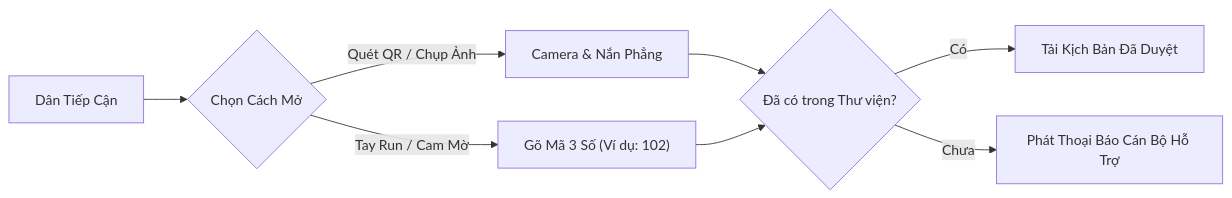
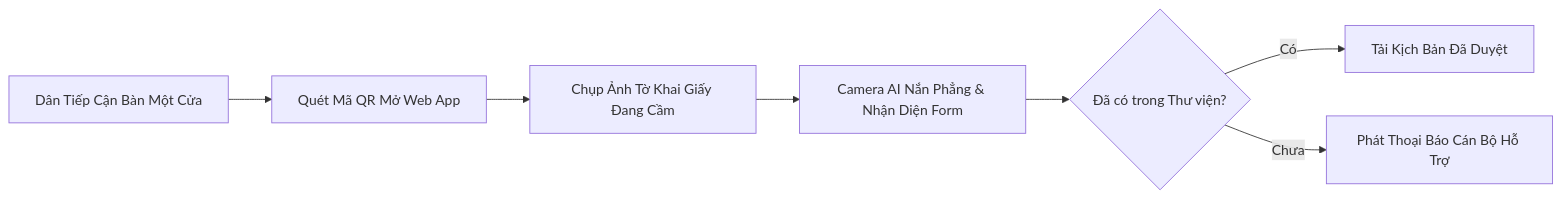
One commit to n22tk05/AFL-Platform changed the first of 11 diagrams in docs/PRD.md. Above: the diagram before and after it, drawn with Mermaid. The commit also changed other lines of this file and 1 other file, not shown here.

````diff
--- a/docs/PRD.md
+++ b/docs/PRD.md
@@ -98,10 +98,9 @@
 ```mermaid
 flowchart LR
-    A["Dân Tiếp Cận"] --> B{"Chọn Cách Mở"}
-    B -- Quét QR / Chụp Ảnh --> C["Camera & Nắn Phẳng"]
-    B -- Tay Run / Cam Mờ --> D["Gõ Mã 3 Số (Ví dụ: 102)"]
-    C --> E{"Đã có trong Thư viện?"}
-    D --> E
+    A["Dân Tiếp Cận Bàn Một Cửa"] --> B["Quét Mã QR Mở Web App"]
+    B --> C["Chụp Ảnh Tờ Khai Giấy Đang Cầm"]
+    C --> D["Camera AI Nắn Phẳng & Nhận Diện Form"]
+    D --> E{"Đã có trong Thư viện?"}
     E -- Có --> F["Tải Kịch Bản Đã Duyệt"]
     E -- Chưa --> G["Phát Thoại Báo Cán Bộ Hỗ Trợ"]
 ```
````
